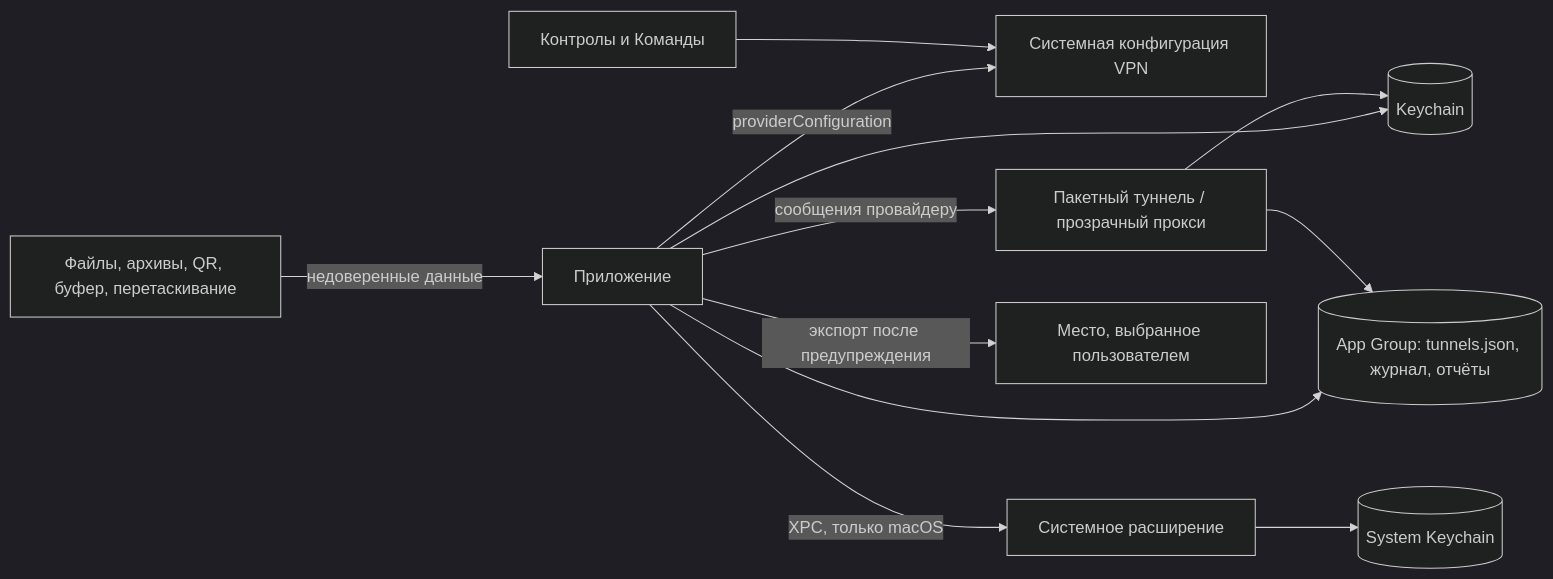
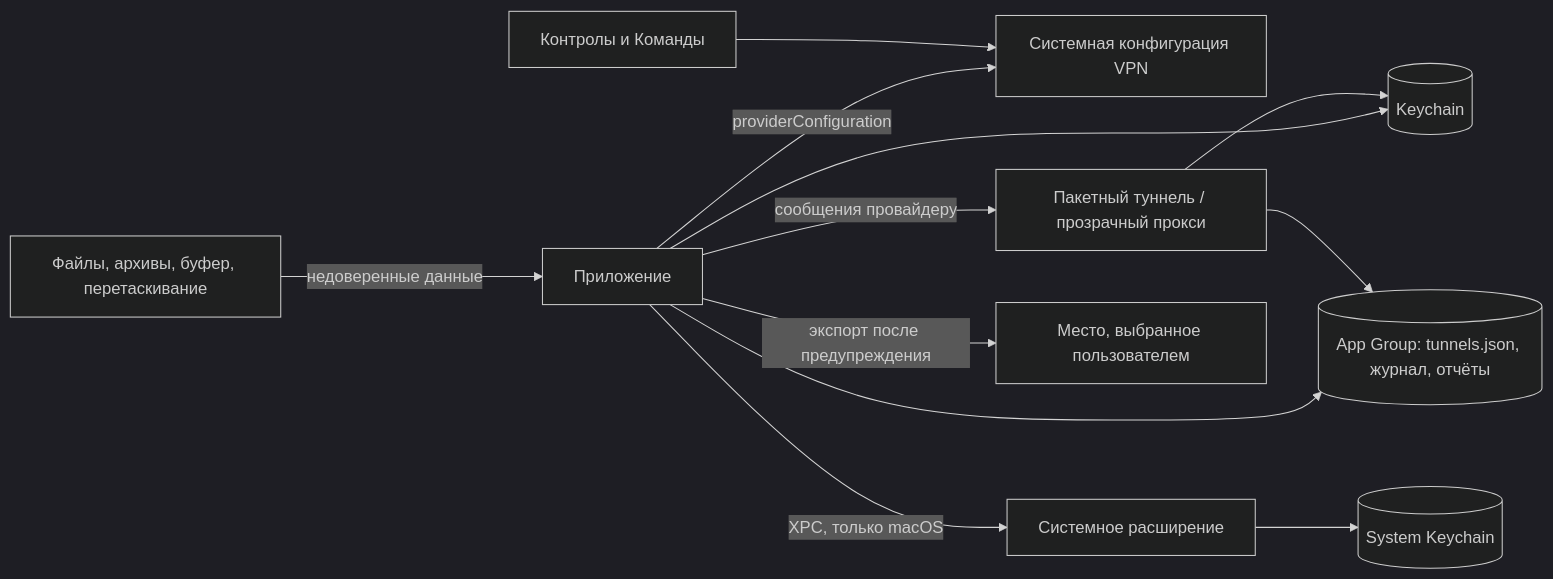
The diagram in docs/security.md (facelessdiplomat/splitway), drawn with Mermaid (dark theme) before and after one commit. The commit also changed other lines of this file and 24 other files, not shown here.

````diff
--- a/docs/security.md
+++ b/docs/security.md
@@ -18,14 +18,14 @@
 ```mermaid
 flowchart LR
-  Sources[Файлы, архивы, QR, буфер, перетаскивание] -->|недоверенные данные| App[Приложение]
+  Sources[Файлы, архивы, буфер, перетаскивание] -->|недоверенные данные| App[Приложение]
   App --> Keychain[(Keychain)]
   App --> Group[(App Group: tunnels.json, журнал, отчёты)]
   App -->|providerConfiguration| VPN[Системная конфигурация VPN]
   App -->|сообщения провайдеру| Tunnel[Пакетный туннель / прозрачный прокси]
   App -->|XPC, только macOS| SystemExtension[Системное расширение]
   SystemExtension --> SystemKeychain[(System Keychain)]
   Tunnel --> Keychain
   Tunnel --> Group
   Controls[Контролы и Команды] --> VPN
   App -->|экспорт после предупреждения| Destination[Место, выбранное пользователем]
 ```
````
